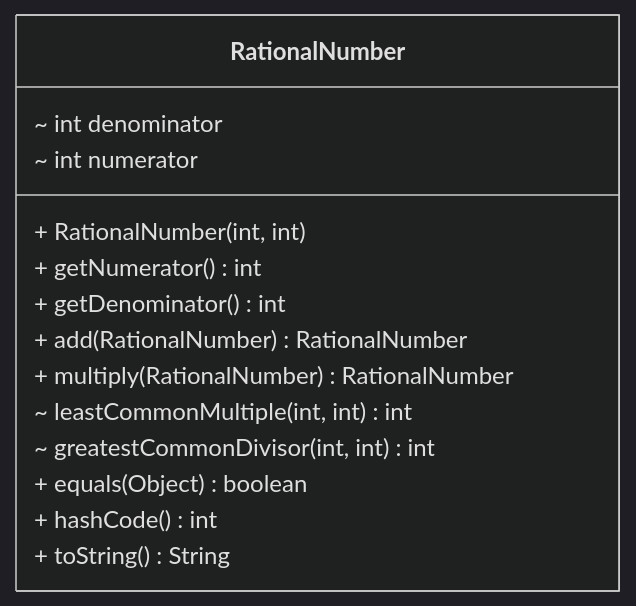
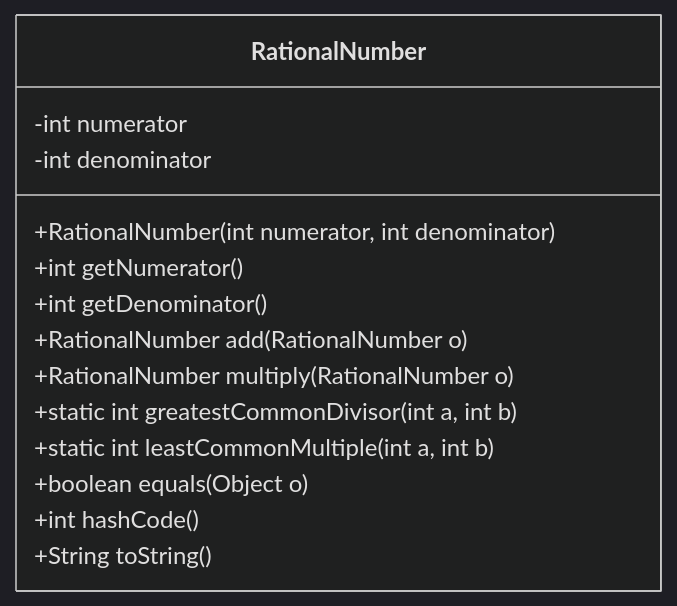
The second of 13 diagrams in code/exercises/src/main/java/com/nbicocchi/exercises/oop/README.md (nbicocchi/learn-java-core), drawn with Mermaid (dark theme) before and after one commit. The commit also changed other lines of this file and 6 other files, not shown here.

````diff
--- a/code/exercises/src/main/java/com/nbicocchi/exercises/oop/README.md
+++ b/code/exercises/src/main/java/com/nbicocchi/exercises/oop/README.md
@@ -69,18 +67,17 @@
 ```mermaid
 classDiagram
-direction BT
-class RationalNumber {
-  ~ int denominator
-  ~ int numerator
-  + RationalNumber(int, int) 
-  + getNumerator() int
-  + getDenominator() int
-  + add(RationalNumber) RationalNumber
-  + multiply(RationalNumber) RationalNumber
-  ~ leastCommonMultiple(int, int) int
-  ~ greatestCommonDivisor(int, int) int
-  + equals(Object) boolean
-  + hashCode() int
-  + toString() String
-}
+    class RationalNumber {
+        -int numerator
+        -int denominator
+        +RationalNumber(int numerator, int denominator)
+        +int getNumerator()
+        +int getDenominator()
+        +RationalNumber add(RationalNumber o)
+        +RationalNumber multiply(RationalNumber o)
+        +static int greatestCommonDivisor(int a, int b)
+        +static int leastCommonMultiple(int a, int b)
+        +boolean equals(Object o)
+        +int hashCode()
+        +String toString()
+    }
 ```
````
